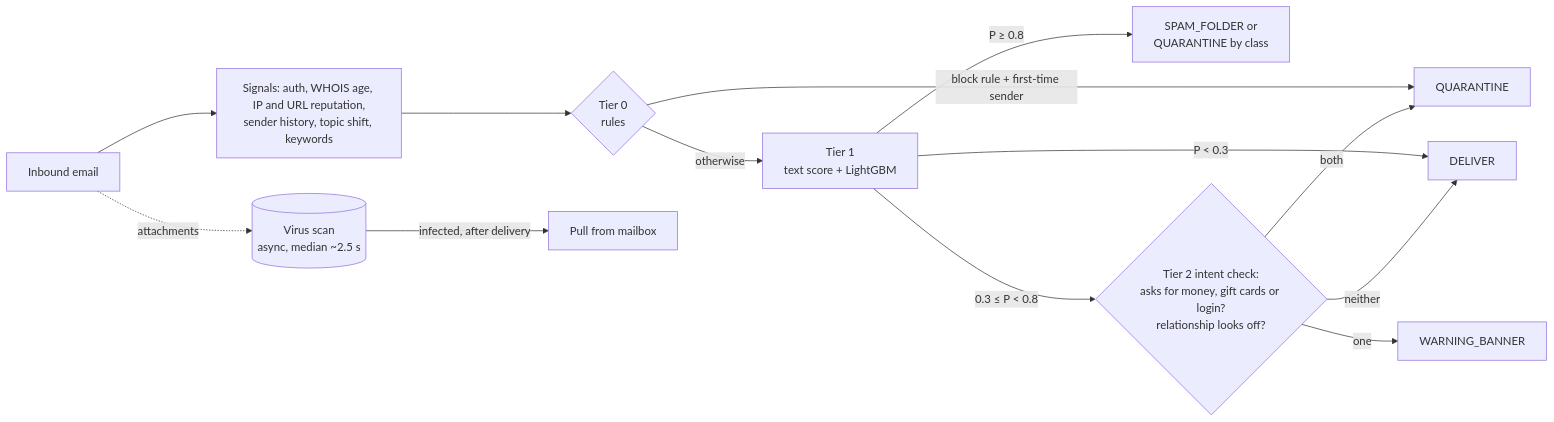
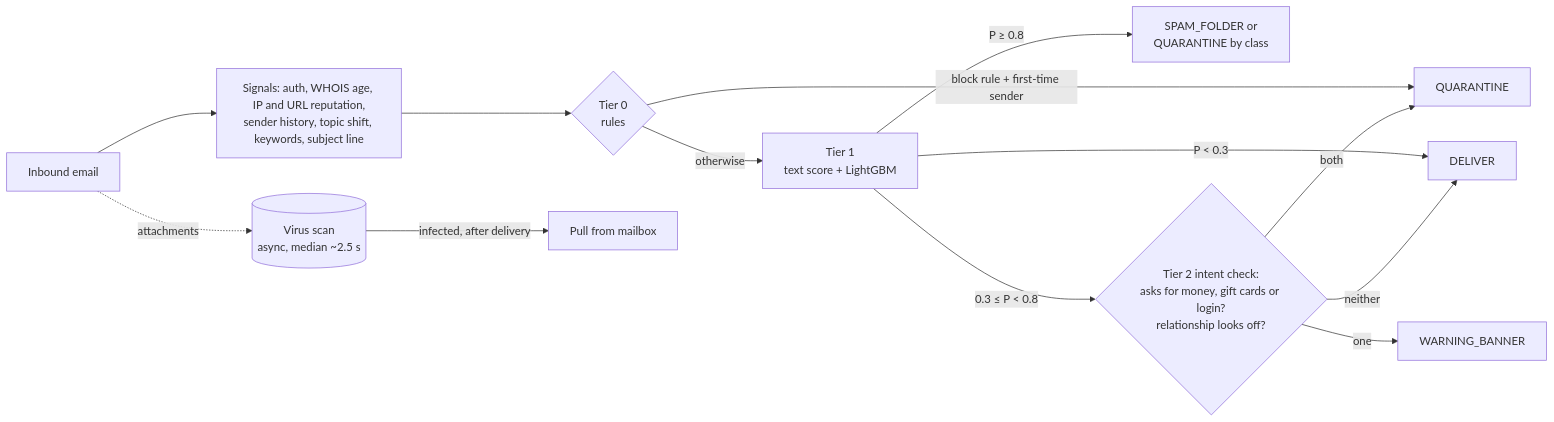
The diagram in README.md (Prateek0017/Spam-filter), drawn with Mermaid before and after one commit. The commit also changed other lines of this file and 17 other files, not shown here.

First line of the commit message:
Subject-line features and a sent-mail log

````diff
--- a/README.md
+++ b/README.md
@@ -62,15 +68,15 @@
 ```mermaid
 flowchart LR
-    A[Inbound email] --> S["Signals: auth, WHOIS age, IP and URL reputation,<br/>sender history, topic shift, keywords"]
+    A[Inbound email] --> S["Signals: auth, WHOIS age, IP and URL reputation,<br/>sender history, topic shift, keywords, subject line"]
     A -. attachments .-> V[(Virus scan<br/>async, median ~2.5 s)]
     S --> R{Tier 0<br/>rules}
     R -- "block rule + first-time sender" --> Q[QUARANTINE]
     R -- otherwise --> M[Tier 1<br/>text score + LightGBM]
     M -- "P < 0.3" --> D[DELIVER]
     M -- "P ≥ 0.8" --> X[SPAM_FOLDER or<br/>QUARANTINE by class]
     M -- "0.3 ≤ P < 0.8" --> I{"Tier 2 intent check:<br/>asks for money, gift cards or login?<br/>relationship looks off?"}
     I -- both --> Q
     I -- one --> B[WARNING_BANNER]
     I -- neither --> D
     V -- "infected, after delivery" --> P[Pull from mailbox]
 ```
````
